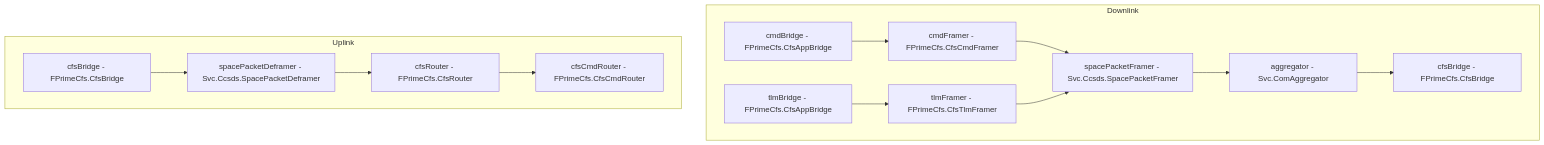
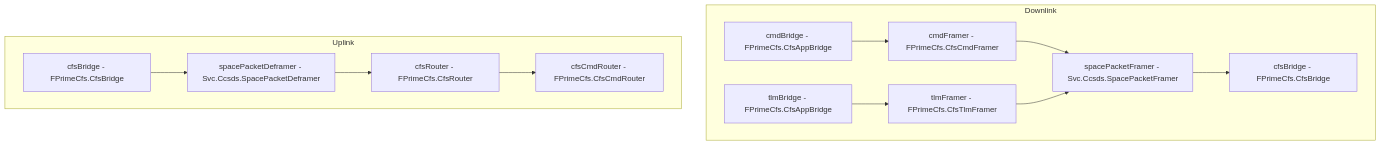
One commit to JPL-Devin/fprime_cfs changed the diagram in FPrimeCfs/Subtopologies/ComCfs/docs/sdd.md. Above: the diagram before and after it, drawn with Mermaid. The commit also changed other lines of this file and 8 other files, not shown here.

First line of the commit message:
Hard-select EventManager and TlmPacketizer, remove ComAggregator

````diff
--- a/FPrimeCfs/Subtopologies/ComCfs/docs/sdd.md
+++ b/FPrimeCfs/Subtopologies/ComCfs/docs/sdd.md
@@ -8,16 +8,15 @@
 ```mermaid
 flowchart TD
     subgraph Downlink
         cmdBridge[cmdBridge - FPrimeCfs.CfsAppBridge] --> cmdFramer[cmdFramer - FPrimeCfs.CfsCmdFramer]
         tlmBridge[tlmBridge - FPrimeCfs.CfsAppBridge] --> tlmFramer[tlmFramer - FPrimeCfs.CfsTlmFramer]
         cmdFramer --> spacePacketFramer[spacePacketFramer - Svc.Ccsds.SpacePacketFramer]
         tlmFramer --> spacePacketFramer
-        spacePacketFramer --> aggregator[aggregator - Svc.ComAggregator]
-        aggregator --> cfsBridge[cfsBridge - FPrimeCfs.CfsBridge]
+        spacePacketFramer --> cfsBridge[cfsBridge - FPrimeCfs.CfsBridge]
     end
     subgraph Uplink
         cfsBridge2[cfsBridge - FPrimeCfs.CfsBridge] --> spacePacketDeframer[spacePacketDeframer - Svc.Ccsds.SpacePacketDeframer]
         spacePacketDeframer --> cfsRouter[cfsRouter - FPrimeCfs.CfsRouter]
         cfsRouter --> cfsCmdRouter[cfsCmdRouter - FPrimeCfs.CfsCmdRouter]
     end
 ```
````
